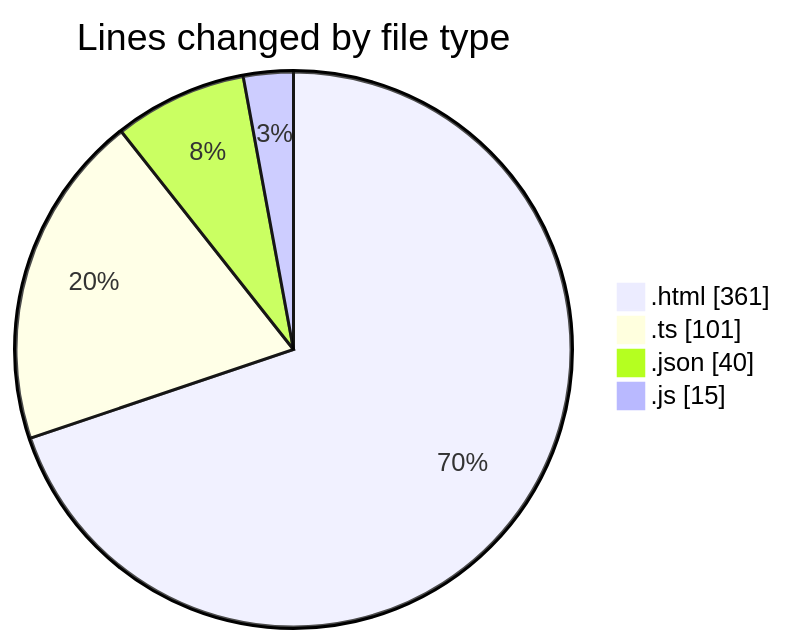
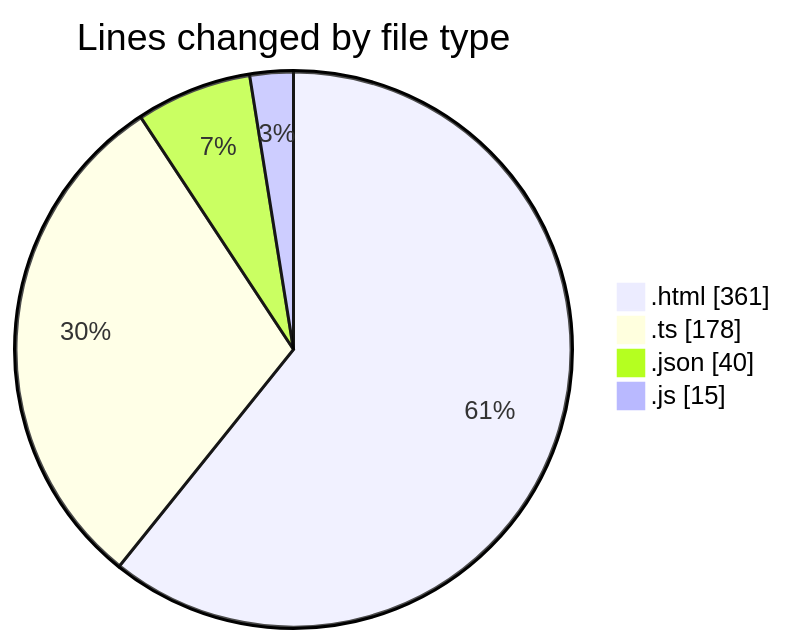
The first of 2 diagrams in 2025-05-15/news-clock-system-caspercg/README.md (momahboobian/code-tracking), drawn with Mermaid before and after one commit. The commit also changed other lines of this file and 1 other file, not shown here.

````diff
--- a/2025-05-15/news-clock-system-caspercg/README.md
+++ b/2025-05-15/news-clock-system-caspercg/README.md
@@ -27,8 +27,8 @@
 ```mermaid
 pie showData
 title Lines changed by file type
 ".html" : 361
-".ts" : 101
+".ts" : 178
 ".json" : 40
 ".js" : 15
 ```
````
